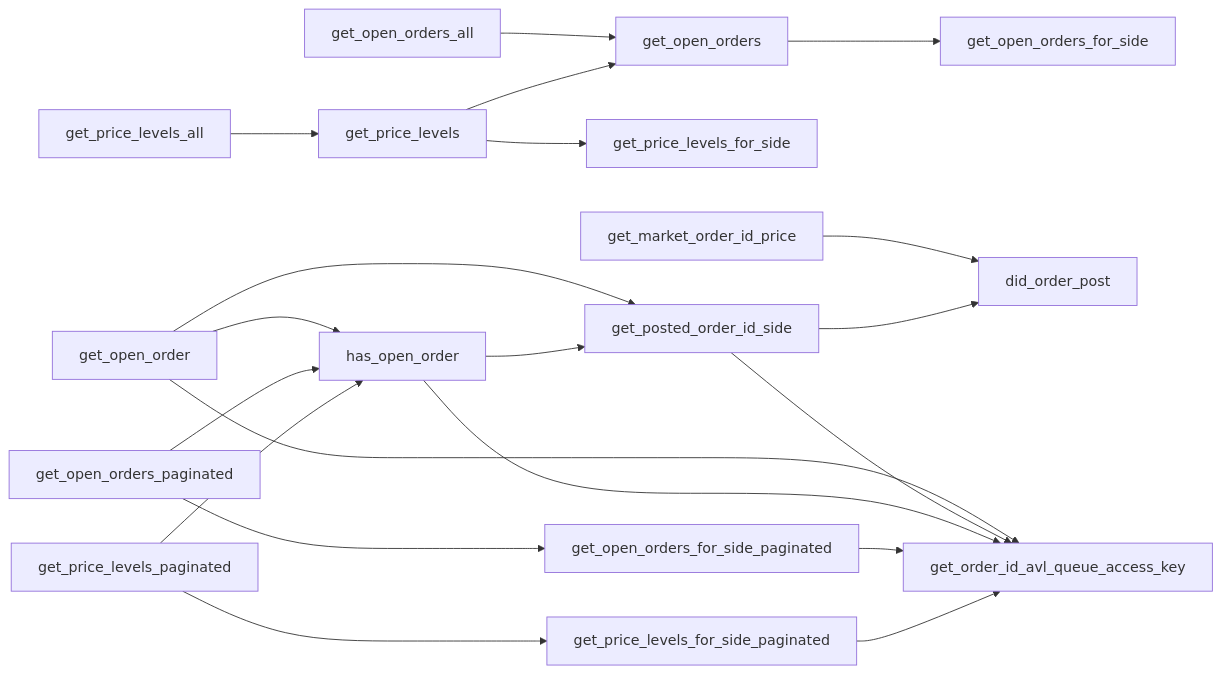
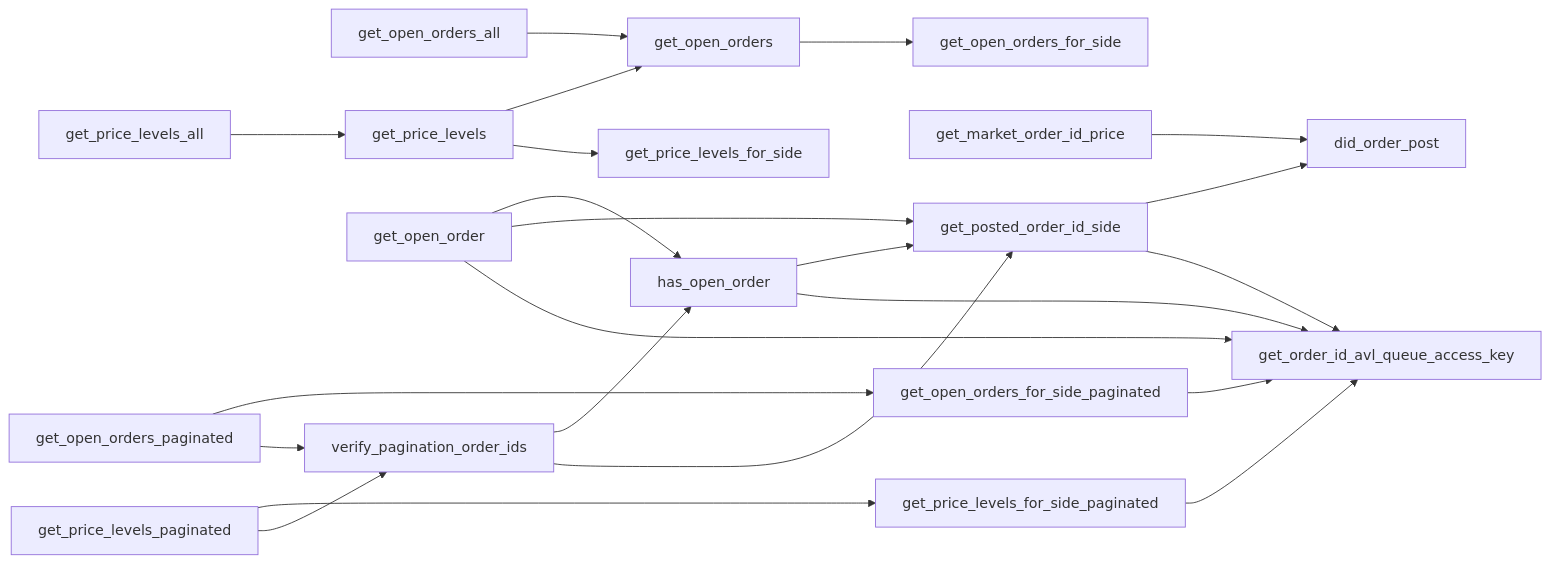
One commit to econia-labs/econia changed the sixth of 10 diagrams in src/move/econia/doc/market.md. Above: the diagram before and after it, drawn with Mermaid. The commit also changed other lines of this file and 2 other files, not shown here.

Commit message:
Update dep chart, rebuild module docs

````diff
--- a/src/move/econia/doc/market.md
+++ b/src/move/econia/doc/market.md
@@ -371,27 +371,29 @@
 ```mermaid
 
 flowchart LR
 
 get_open_orders --> get_open_orders_for_side
 get_open_orders_all --> get_open_orders
 get_price_levels --> get_open_orders
 get_price_levels --> get_price_levels_for_side
 get_market_order_id_price --> did_order_post
 get_price_levels_all --> get_price_levels
 get_open_order --> has_open_order
 get_open_order --> get_posted_order_id_side
 get_open_order --> get_order_id_avl_queue_access_key
 get_posted_order_id_side --> did_order_post
 get_posted_order_id_side --> get_order_id_avl_queue_access_key
 has_open_order --> get_posted_order_id_side
 has_open_order --> get_order_id_avl_queue_access_key
 get_open_orders_paginated --> get_open_orders_for_side_paginated
-get_open_orders_paginated --> has_open_order
+get_open_orders_paginated --> verify_pagination_order_ids
 get_open_orders_for_side_paginated -->
 get_order_id_avl_queue_access_key
 get_price_levels_paginated --> get_price_levels_for_side_paginated
-get_price_levels_paginated --> has_open_order
+get_price_levels_paginated --> verify_pagination_order_ids
 get_price_levels_for_side_paginated -->
 get_order_id_avl_queue_access_key
+verify_pagination_order_ids --> has_open_order
+verify_pagination_order_ids --> get_posted_order_id_side
 
 ```
````
